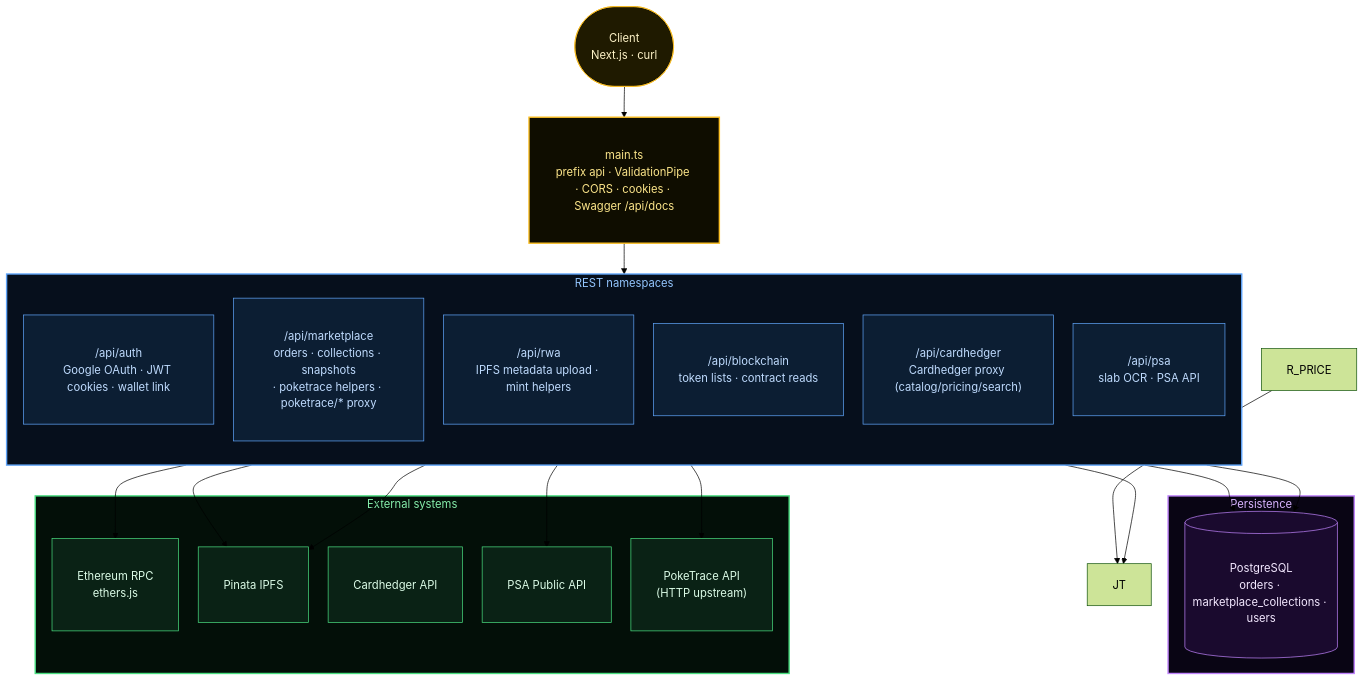
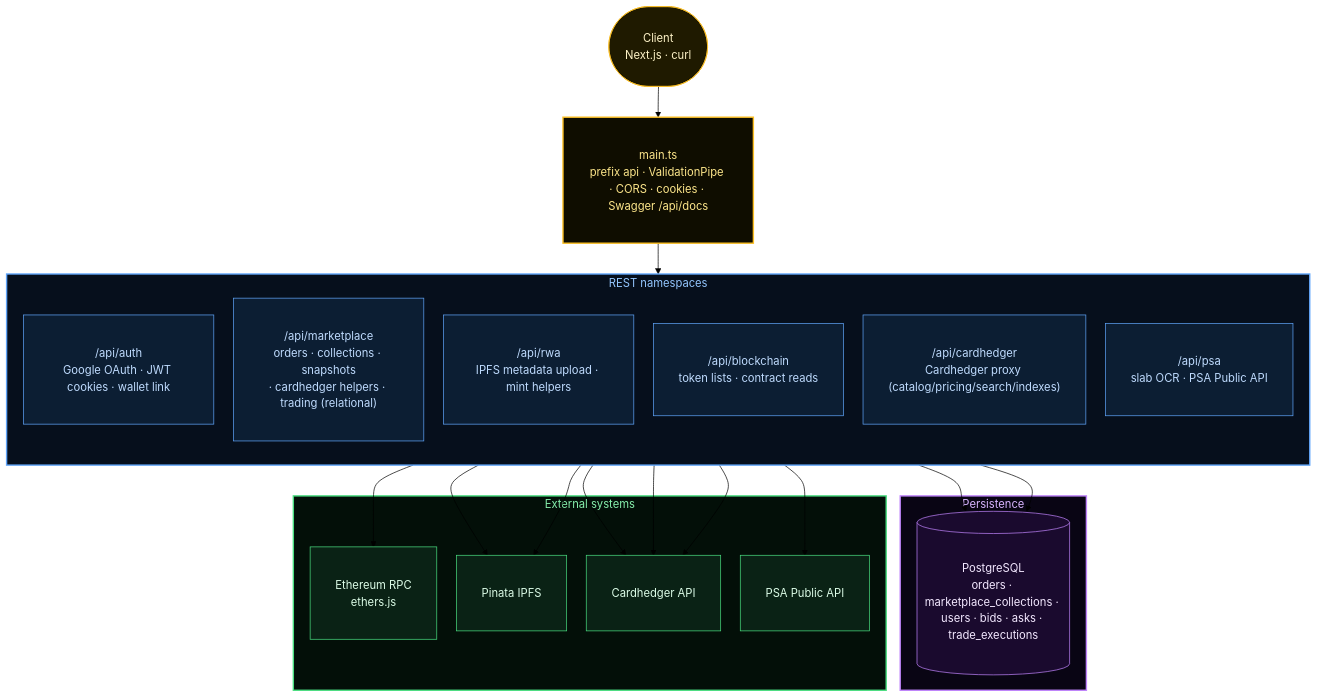
The ninth of 11 diagrams in docs/diagrams/marketplace-lifecycle.en.md (tokenable-dev/tokenable-dev), drawn with Mermaid (forest theme) before and after one commit. The commit also changed other lines of this file and 180 other files, not shown here.

````diff
--- a/docs/diagrams/marketplace-lifecycle.en.md
+++ b/docs/diagrams/marketplace-lifecycle.en.md
@@ -648,51 +648,50 @@
 ```mermaid
 %%{init: {'flowchart': {'rankSpacing': 44, 'nodeSpacing': 28, 'padding': 18}}}%%
 flowchart TD
     classDef entry fill:#1f1a00,stroke:#fbbf24,color:#fef3c7,padding:8px 14px
     classDef route fill:#0c1e33,stroke:#60a5fa,color:#bfdbfe,padding:8px 14px
     classDef data  fill:#1a0a2e,stroke:#c084fc,color:#f3e8ff,padding:8px 14px
     classDef ext   fill:#0a2215,stroke:#4ade80,color:#dcfce7,padding:8px 14px
 
     CLIENT(["Client<br/>Next.js · curl"]):::entry
 
     GATE["main.ts<br/>prefix api · ValidationPipe · CORS · cookies · Swagger /api/docs"]:::entry
 
     subgraph REST ["REST namespaces"]
         direction TB
         R_AUTH["/api/auth<br/>Google OAuth · JWT cookies · wallet link"]:::route
-        R_MKT["/api/marketplace<br/>orders · collections · snapshots<br/>· poketrace helpers · poketrace/* proxy"]:::route
+        R_MKT["/api/marketplace<br/>orders · collections · snapshots<br/>· cardhedger helpers · trading (relational)"]:::route
         R_RWA["/api/rwa<br/>IPFS metadata upload · mint helpers"]:::route
         R_BC["/api/blockchain<br/>token lists · contract reads"]:::route
-        R_CH["/api/cardhedger<br/>Cardhedger proxy (catalog/pricing/search)"]:::route
-        R_PSA["/api/psa<br/>slab OCR · PSA API"]:::route
+        R_CH["/api/cardhedger<br/>Cardhedger proxy (catalog/pricing/search/indexes)"]:::route
+        R_PSA["/api/psa<br/>slab OCR · PSA Public API"]:::route
     end
 
     subgraph PERSIST ["Persistence"]
-        PG[("PostgreSQL<br/>orders · marketplace_collections · users")]:::data
+        PG[("PostgreSQL<br/>orders · marketplace_collections · users · bids · asks · trade_executions")]:::data
     end
 
     subgraph OUT ["External systems"]
         ETH["Ethereum RPC<br/>ethers.js"]:::ext
         PIN["Pinata IPFS"]:::ext
         CH["Cardhedger API"]:::ext
         PSAHTTP["PSA Public API"]:::ext
-        PTR["PokeTrace API<br/>(HTTP upstream)"]:::ext
     end
 
     CLIENT --> GATE
     GATE --> REST
     R_MKT --> PG
-    R_MKT --> PTR
+    R_MKT --> CH
     R_AUTH --> PG
     R_RWA --> PIN
     R_BC --> ETH
-    R_PRICE --> JT
+    R_CH --> CH
     R_PSA --> PIN
-    R_PSA --> JT
+    R_PSA --> CH
     R_PSA --> PSAHTTP
 
     style GATE fill:#0f0d00,stroke:#fbbf24,stroke-width:2px,color:#fde68a
     style REST fill:#060f1c,stroke:#60a5fa,stroke-width:2px,color:#93c5fd
     style PERSIST fill:#090514,stroke:#c084fc,stroke-width:2px,color:#d8b4fe
     style OUT fill:#030f08,stroke:#4ade80,stroke-width:2px,color:#86efac
 ```
````
